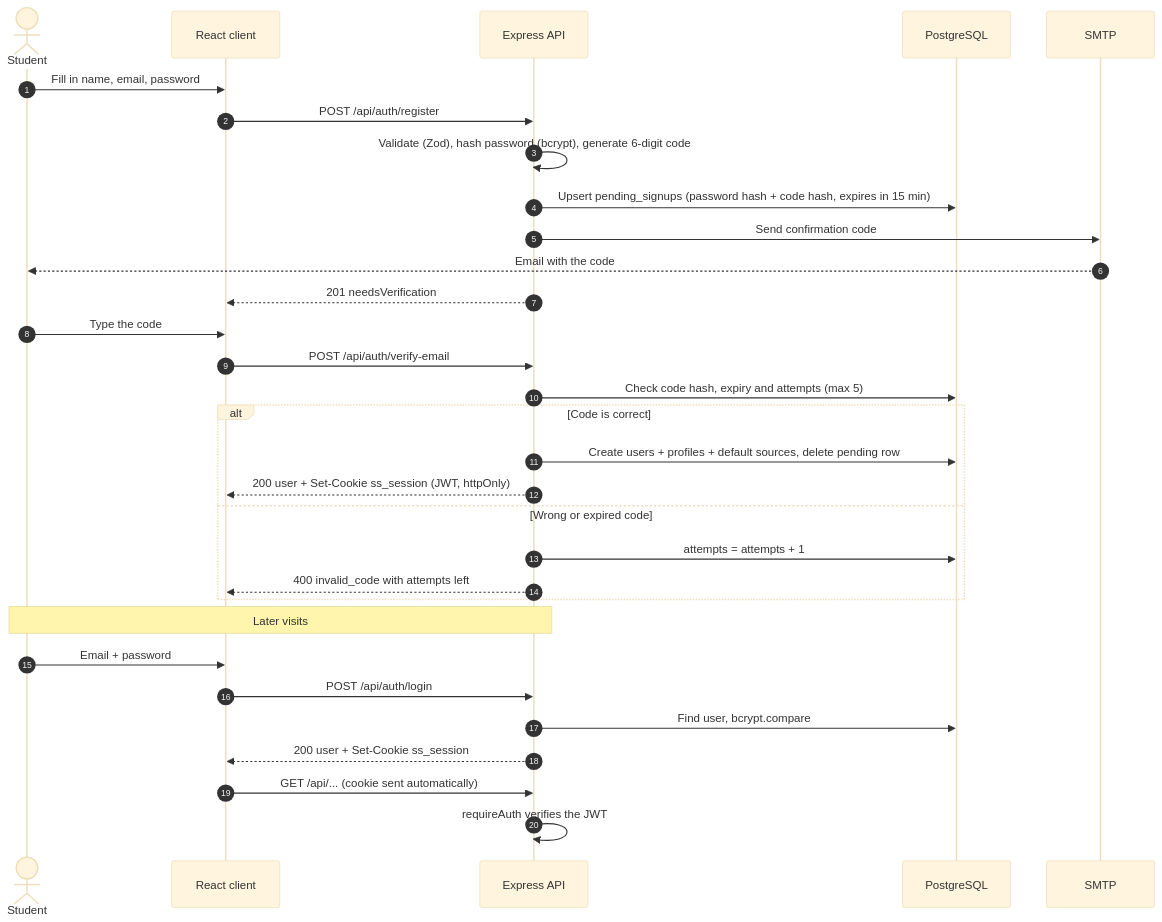
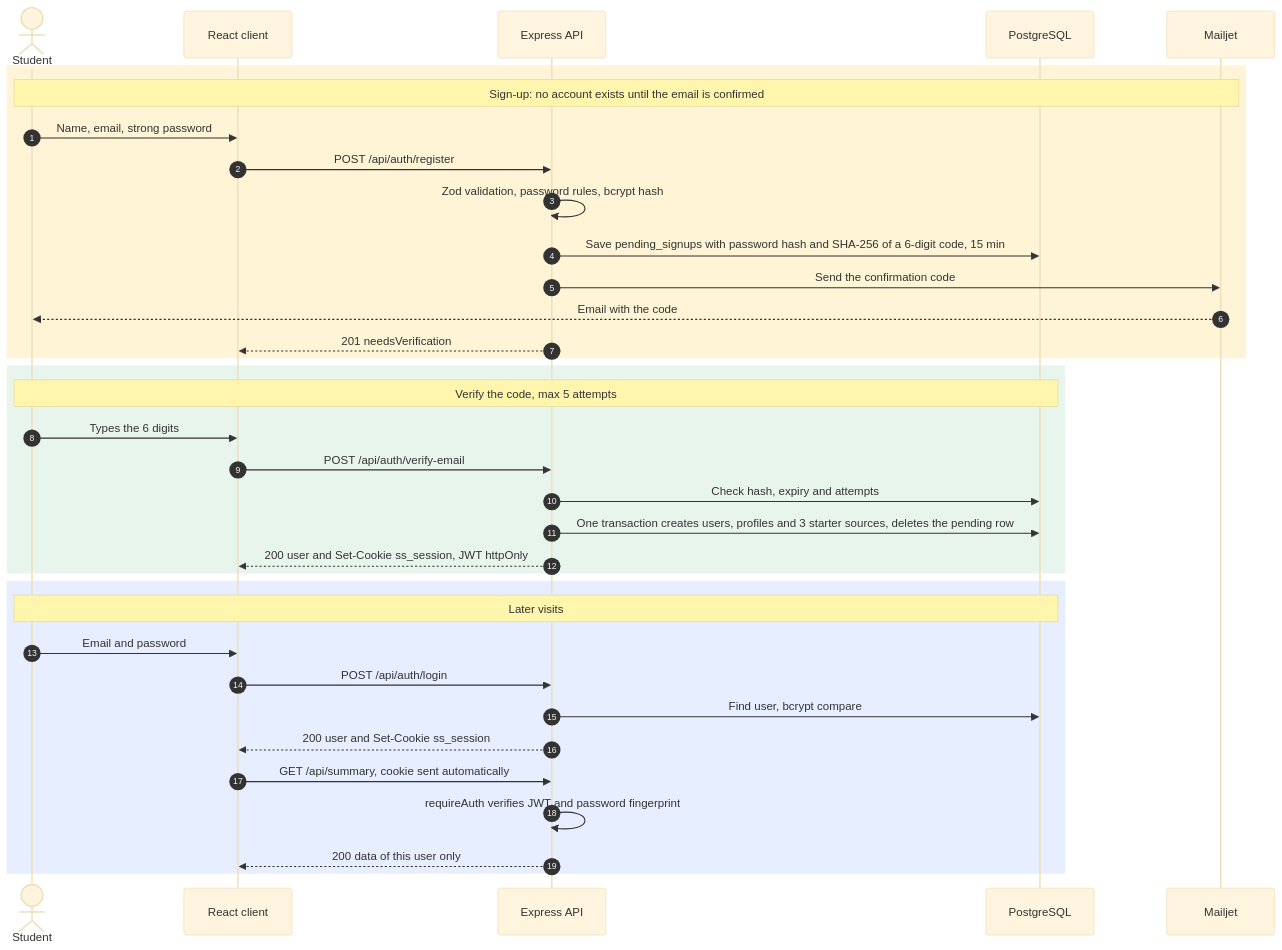
Before and after one commit to maram-kouki03/spendsmart: the fourth of 7 diagrams in README.md, drawn with Mermaid (base theme). The commit also changed other lines of this file, not shown here.

Commit message:
New README: live site, UML diagrams, sitemap, deployment

````diff
--- a/README.md
+++ b/README.md
@@ -133,36 +304,40 @@
 ```mermaid
 sequenceDiagram
     autonumber
     actor U as Student
     participant C as React client
     participant A as Express API
     participant D as PostgreSQL
-    participant M as SMTP
+    participant M as Mailjet
 
-    U->>C: Fill in name, email, password
+    rect rgb(255, 244, 214)
+    Note over U,M: Sign-up: no account exists until the email is confirmed
+    U->>C: Name, email, strong password
     C->>A: POST /api/auth/register
-    A->>A: Validate (Zod), hash password (bcrypt), generate 6-digit code
-    A->>D: Upsert pending_signups (password hash + code hash, expires in 15 min)
-    A->>M: Send confirmation code
+    A->>A: Zod validation, password rules, bcrypt hash
+    A->>D: Save pending_signups with password hash and SHA-256 of a 6-digit code, 15 min
+    A->>M: Send the confirmation code
     M-->>U: Email with the code
     A-->>C: 201 needsVerification
-
-    U->>C: Type the code
-    C->>A: POST /api/auth/verify-email
-    A->>D: Check code hash, expiry and attempts (max 5)
-    alt Code is correct
-        A->>D: Create users + profiles + default sources, delete pending row
-        A-->>C: 200 user + Set-Cookie ss_session (JWT, httpOnly)
-    else Wrong or expired code
-        A->>D: attempts = attempts + 1
-        A-->>C: 400 invalid_code with attempts left
     end
 
-    Note over U,A: Later visits
-    U->>C: Email + password
+    rect rgb(232, 245, 236)
+    Note over U,D: Verify the code, max 5 attempts
+    U->>C: Types the 6 digits
+    C->>A: POST /api/auth/verify-email
+    A->>D: Check hash, expiry and attempts
+    A->>D: One transaction creates users, profiles and 3 starter sources, deletes the pending row
+    A-->>C: 200 user and Set-Cookie ss_session, JWT httpOnly
+    end
+
+    rect rgb(230, 238, 255)
+    Note over U,D: Later visits
+    U->>C: Email and password
     C->>A: POST /api/auth/login
-    A->>D: Find user, bcrypt.compare
-    A-->>C: 200 user + Set-Cookie ss_session
-    C->>A: GET /api/... (cookie sent automatically)
-    A->>A: requireAuth verifies the JWT
+    A->>D: Find user, bcrypt compare
+    A-->>C: 200 user and Set-Cookie ss_session
+    C->>A: GET /api/summary, cookie sent automatically
+    A->>A: requireAuth verifies JWT and password fingerprint
+    A-->>C: 200 data of this user only
+    end
 ```
````
